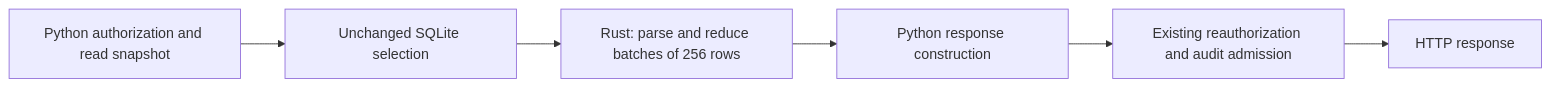
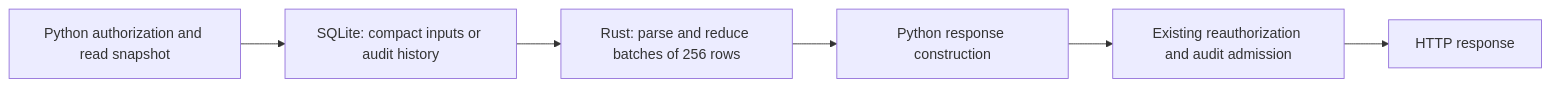
Before and after one commit to nerdymatters/postern: the diagram in docs/runbooks/rust-server.md, drawn with Mermaid. The commit also changed other lines of this file and 11 other files, not shown here.

Commit message:
perf: compact progress inputs while preserving audit replay

````diff
--- a/docs/runbooks/rust-server.md
+++ b/docs/runbooks/rust-server.md
@@ -70,8 +70,8 @@
 ```mermaid
 flowchart LR
-    A[Python authorization and read snapshot] --> B[Unchanged SQLite selection]
+    A[Python authorization and read snapshot] --> B[SQLite: compact inputs or audit history]
     B --> C[Rust: parse and reduce batches of 256 rows]
     C --> D[Python response construction]
     D --> E[Existing reauthorization and audit admission]
     E --> F[HTTP response]
 ```
````
